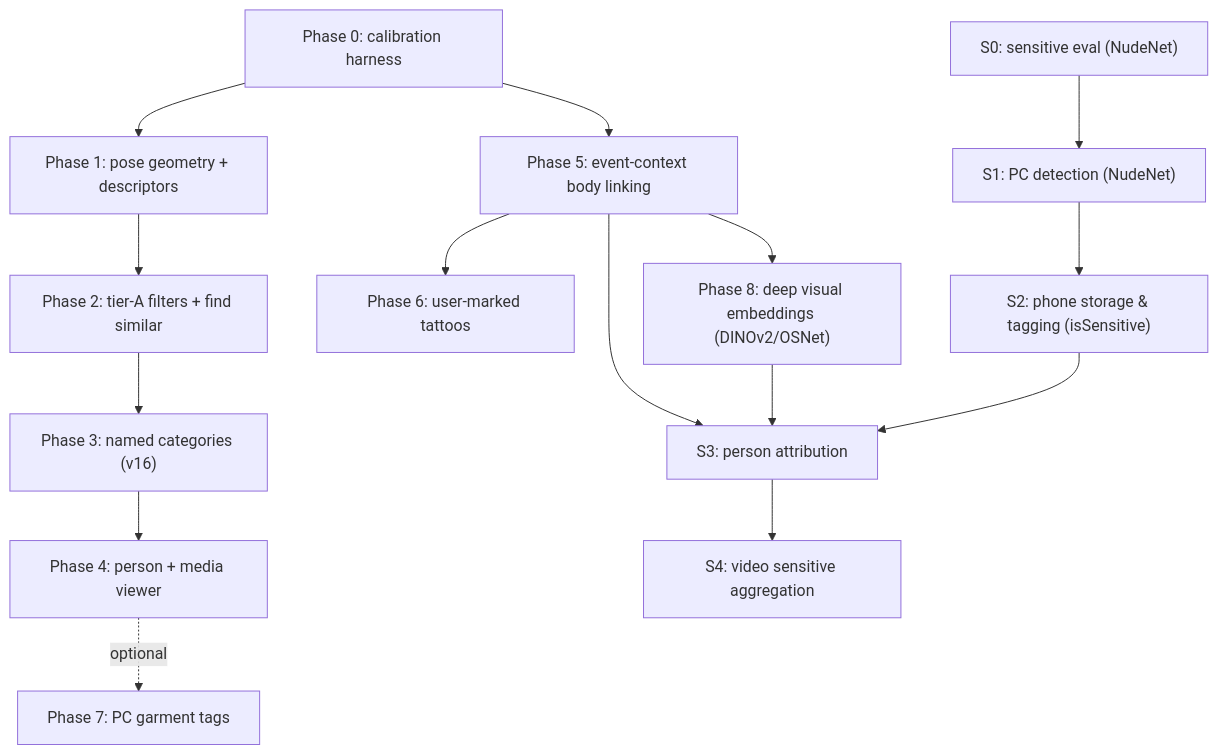
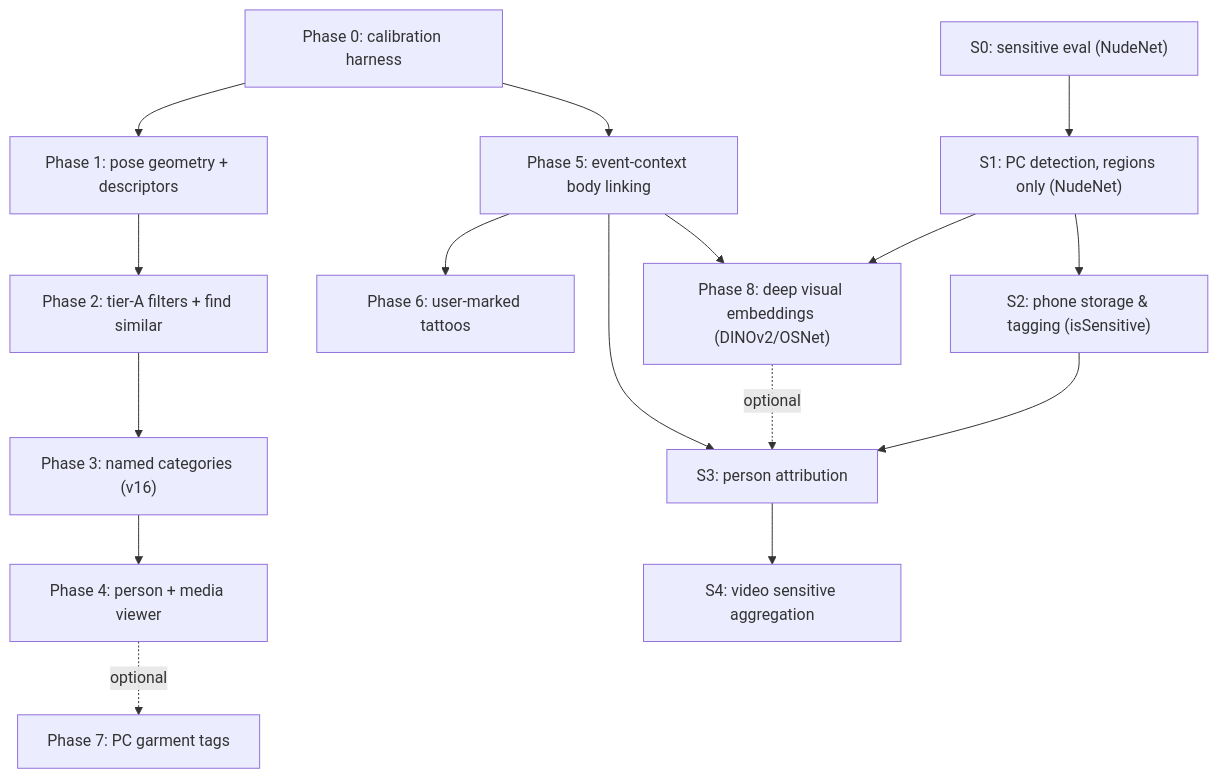
One commit to elmohamadyhmsdc/antigravity-local changed the second of 2 diagrams in docs/body-pose-and-clothing-filters-roadmap.md. Above: the diagram before and after it, drawn with Mermaid. The commit also changed other lines of this file and 112 other files, not shown here.

````diff
--- a/docs/body-pose-and-clothing-filters-roadmap.md
+++ b/docs/body-pose-and-clothing-filters-roadmap.md
@@ -683,17 +728,18 @@
 ```mermaid
 flowchart TD
     P0["Phase 0: calibration harness"] --> P1["Phase 1: pose geometry + descriptors"]
     P1 --> P2["Phase 2: tier-A filters + find similar"]
     P2 --> P3["Phase 3: named categories (v16)"]
     P3 --> P4["Phase 4: person + media viewer"]
     P0 --> P5["Phase 5: event-context body linking"]
     P5 --> P6["Phase 6: user-marked tattoos"]
     P4 -.optional.-> P7["Phase 7: PC garment tags"]
     P5 --> P8["Phase 8: deep visual embeddings (DINOv2/OSNet)"]
-    S0["S0: sensitive eval (NudeNet)"] --> S1["S1: PC detection (NudeNet)"]
+    S0["S0: sensitive eval (NudeNet)"] --> S1["S1: PC detection, regions only (NudeNet)"]
+    S1 --> P8
     S1 --> S2["S2: phone storage & tagging (isSensitive)"]
     P5 --> S3["S3: person attribution"]
-    P8 --> S3
+    P8 -.optional.-> S3
     S2 --> S3
     S3 --> S4["S4: video sensitive aggregation"]
 ```
````
